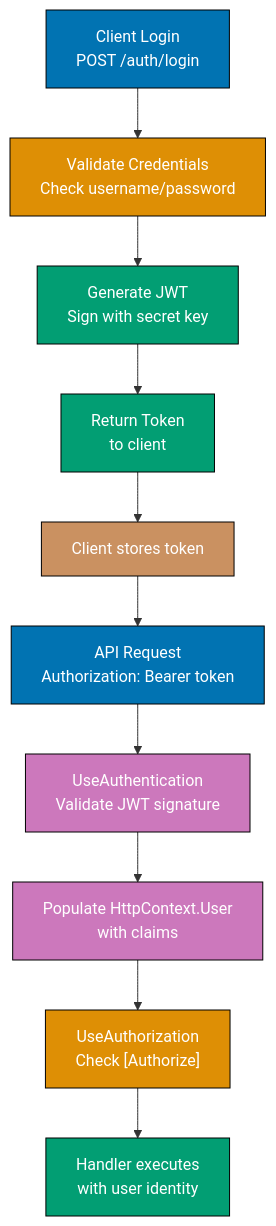
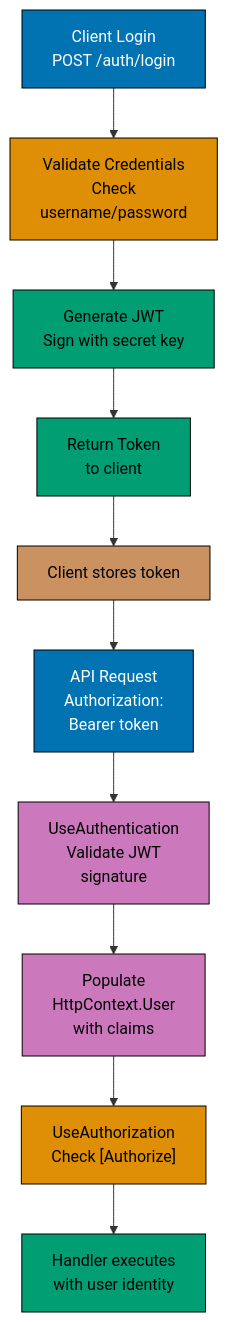
Before and after one commit to wahidyankf/ose-public: the second of 3 diagrams in apps/ayokoding-www/content/en/learn/legacy/software-engineering/platforms/web/tools/csharp-aspnetcore/by-example/intermediate.md, drawn with Mermaid. The commit also changed other lines of this file and 130 other files, not shown here.

First line of the commit message:
fix(mermaid): bring the legacy platforms diagrams onto the accessible palette

````diff
--- a/apps/ayokoding-www/content/en/learn/legacy/software-engineering/platforms/web/tools/csharp-aspnetcore/by-example/intermediate.md
+++ b/apps/ayokoding-www/content/en/learn/legacy/software-engineering/platforms/web/tools/csharp-aspnetcore/by-example/intermediate.md
@@ -306,24 +314,32 @@
 ```mermaid
 %% JWT authentication flow
 graph TD
-    A["Client Login<br/>POST /auth/login"] --> B["Validate Credentials<br/>Check username/password"]
+    accTitle: Example 31: JWT Bearer Authentication
+    accDescr: Graph with 10 nodes and 9 connections. Nodes: Client Login POST /auth/login, Validate Credentials Check username/password, Generate JWT Sign with secret key, Return Token to client, Client stores token, API Request Authorization: Bearer token, UseAuthentication Validate JWT signature, Populate HttpContext.User with claims, UseAuthorization Check [Authorize], Handler executes with user identity. Connections: Client Login POST /auth/login to Validate Credentials Check username/password, Validate Credentials Check username/password to Generate JWT Sign with secret key, Generate JWT Sign with secret key to Return Token to client, Return Token to client to Client stores token, Client stores token to API Request Authorization: Bearer token, API Request Authorization: Bearer token to UseAuthentication Validate JWT signature, UseAuthentication Validate JWT signature to Populate HttpContext.User with claims, Populate HttpContext.User with claims to UseAuthorization Check [Authorize], UseAuthorization Check [Authorize] to Handler executes with user identity.
+    A["Client Login<br/>POST /auth/login"] --> B["Validate Credentials<br/>Check<br/>username/password"]
     B --> C["Generate JWT<br/>Sign with secret key"]
     C --> D["Return Token<br/>to client"]
     D --> E["Client stores token"]
-    E --> F["API Request<br/>Authorization: Bearer token"]
-    F --> G["UseAuthentication<br/>Validate JWT signature"]
-    G --> H["Populate HttpContext.User<br/>with claims"]
+    E --> F["API Request<br/>Authorization:<br/>Bearer token"]
+    F --> G["UseAuthentication<br/>Validate JWT<br/>signature"]
+    G --> H["Populate<br/>HttpContext.User<br/>with claims"]
     H --> I["UseAuthorization<br/>Check [Authorize]"]
     I --> J["Handler executes<br/>with user identity"]
 
-    style A fill:#0173B2,stroke:#000,color:#fff
-    style B fill:#DE8F05,stroke:#000,color:#fff
-    style C fill:#029E73,stroke:#000,color:#fff
-    style D fill:#029E73,stroke:#000,color:#fff
-    style E fill:#CA9161,stroke:#000,color:#fff
-    style F fill:#0173B2,stroke:#000,color:#fff
-    style G fill:#CC78BC,stroke:#000,color:#fff
-    style H fill:#CC78BC,stroke:#000,color:#fff
-    style I fill:#DE8F05,stroke:#000,color:#fff
-    style J fill:#029E73,stroke:#000,color:#fff
+    classDef pal-0173B2 fill:#0173B2,stroke:#000000,color:#FFFFFF
+    class A pal-0173B2
+    classDef pal-DE8F05 fill:#DE8F05,stroke:#000000,color:#000000
+    class B pal-DE8F05
+    classDef pal-029E73 fill:#029E73,stroke:#000000,color:#000000
+    class C pal-029E73
+    class D pal-029E73
+    classDef pal-CA9161 fill:#CA9161,stroke:#000000,color:#000000
+    class E pal-CA9161
+    class F pal-0173B2
+    classDef pal-CC78BC fill:#CC78BC,stroke:#000000,color:#000000
+    class G pal-CC78BC
+    class H pal-CC78BC
+    class I pal-DE8F05
+    class J pal-029E73
+    classDef default fill:#FFFFFF,stroke:#000000,color:#000000
 ```
````
